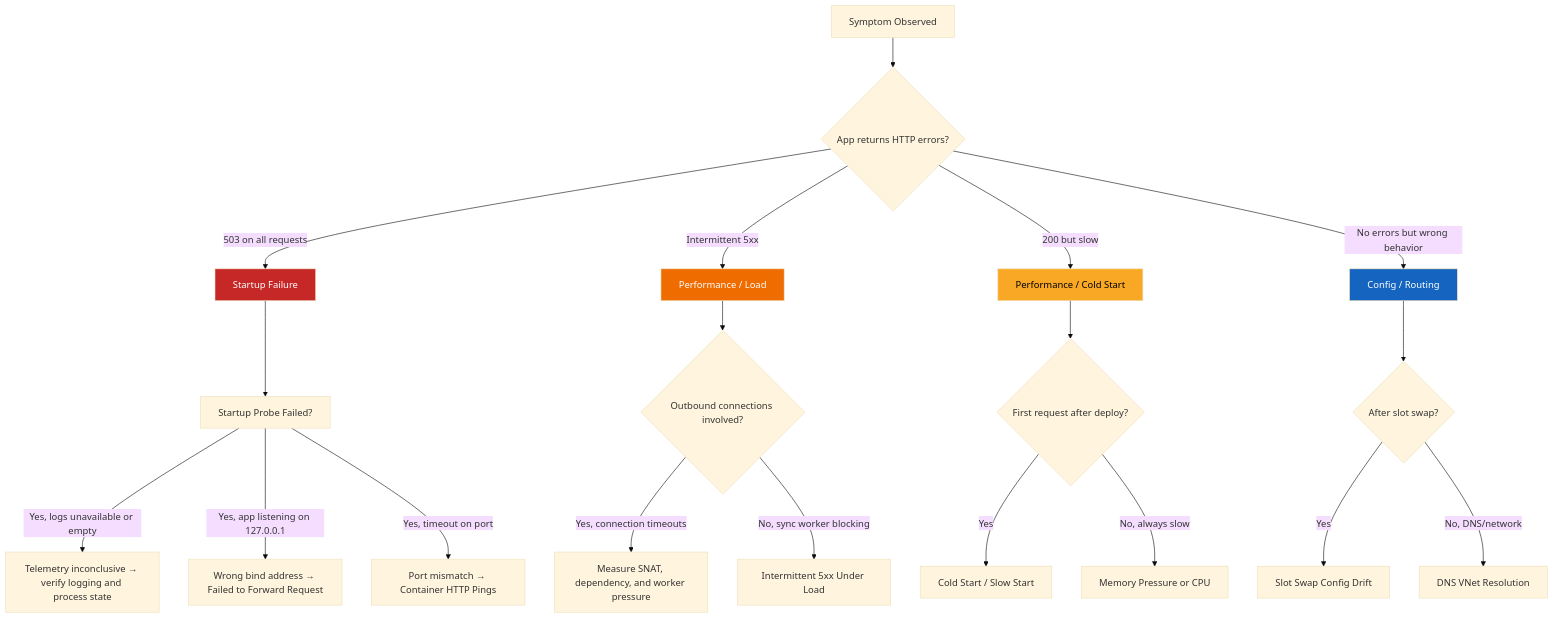
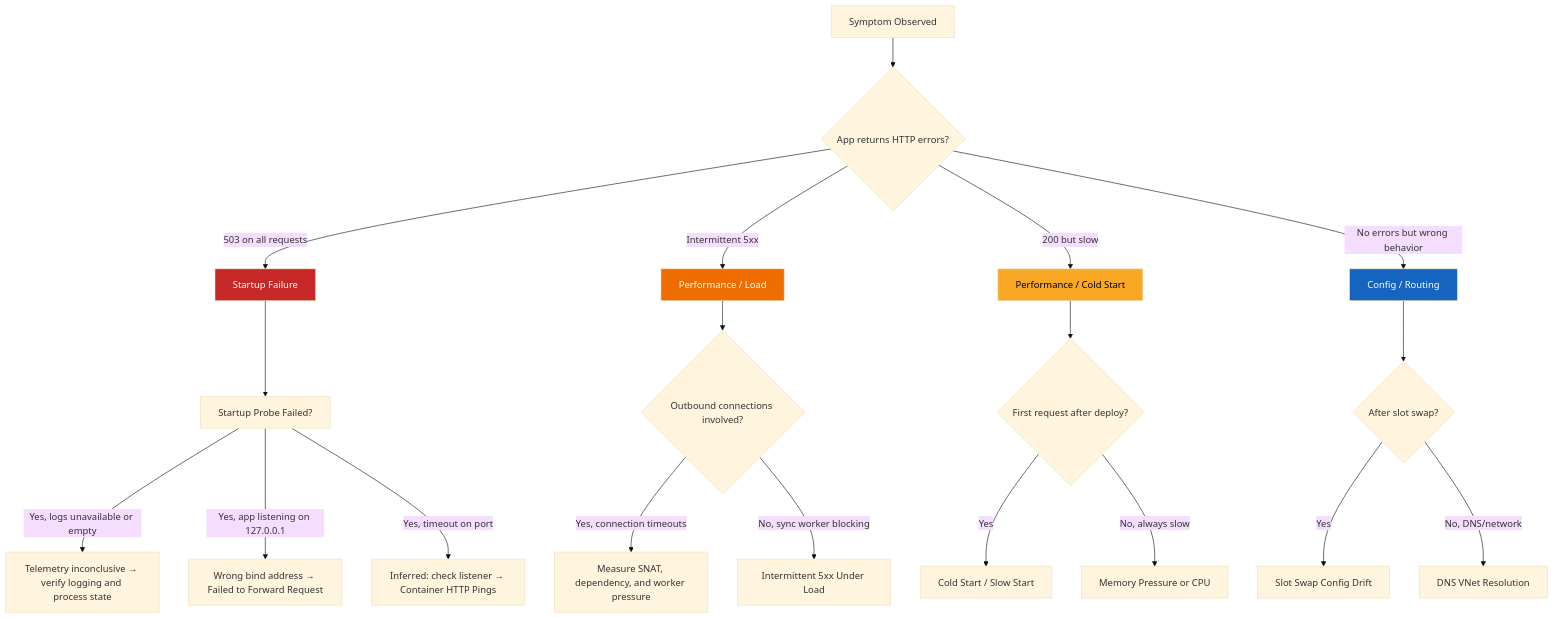
Before and after one commit to yeongseon/azure-app-service-practical-guide: the second of 2 diagrams in docs/troubleshooting/index.md, drawn with Mermaid (base theme). The commit also changed other lines of this file and 3 other files, not shown here.

````diff
--- a/docs/troubleshooting/index.md
+++ b/docs/troubleshooting/index.md
@@ -92,30 +92,30 @@
 ```mermaid
 graph TD
     A[Symptom Observed] --> B{App returns HTTP errors?}
     B -->|503 on all requests| C[Startup Failure]
     B -->|Intermittent 5xx| D[Performance / Load]
     B -->|200 but slow| E[Performance / Cold Start]
     B -->|No errors but wrong behavior| F[Config / Routing]
     
     C --> C1[Startup Probe Failed?]
     C1 -->|Yes, logs unavailable or empty| C2[Telemetry inconclusive → verify logging and process state]
     C1 -->|Yes, app listening on 127.0.0.1| C3[Wrong bind address → Failed to Forward Request]
-    C1 -->|Yes, timeout on port| C4[Port mismatch → Container HTTP Pings]
+    C1 -->|Yes, timeout on port| C4[Inferred: check listener → Container HTTP Pings]
     
     D --> D1{Outbound connections involved?}
     D1 -->|Yes, connection timeouts| D2[Measure SNAT, dependency, and worker pressure]
     D1 -->|No, sync worker blocking| D3[Intermittent 5xx Under Load]
     
     E --> E1{First request after deploy?}
     E1 -->|Yes| E2[Cold Start / Slow Start]
     E1 -->|No, always slow| E3[Memory Pressure or CPU]
     
     F --> F1{After slot swap?}
     F1 -->|Yes| F2[Slot Swap Config Drift]
     F1 -->|No, DNS/network| F3[DNS VNet Resolution]
     
     style C fill:#c62828,color:#fff
     style D fill:#ef6c00,color:#fff
     style E fill:#f9a825,color:#000
     style F fill:#1565c0,color:#fff
 ```
````
